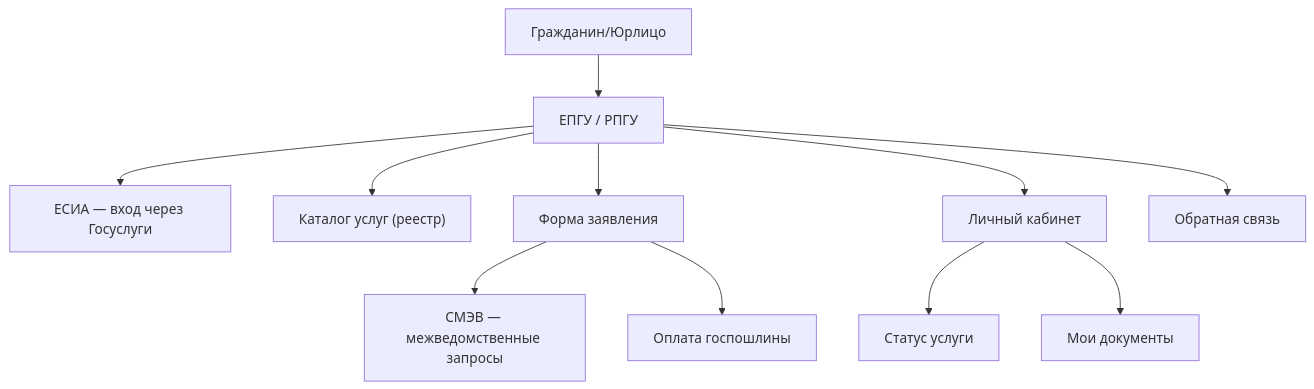
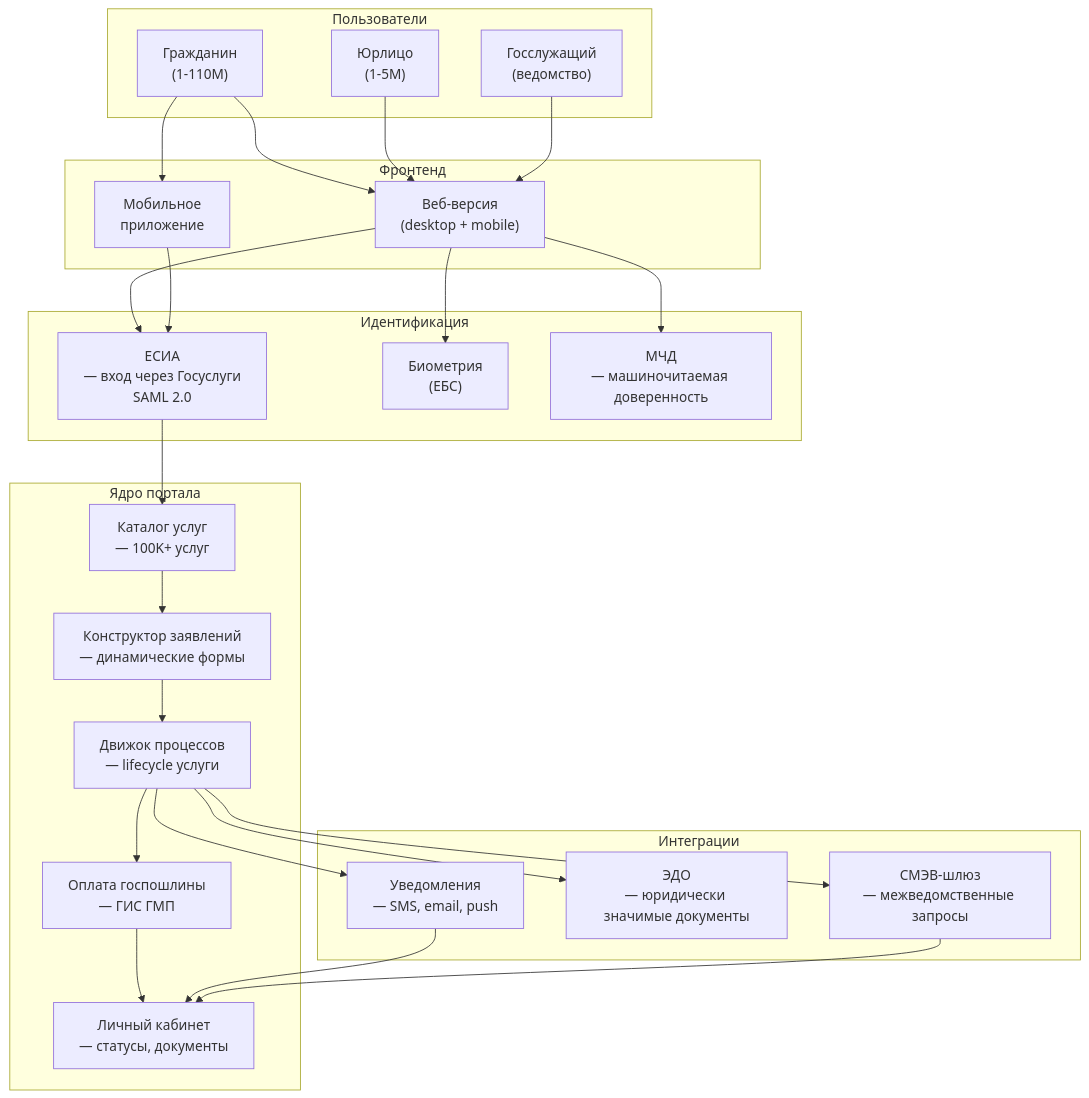
Before and after one commit to sergeyodnoval-bot/sysanalyst-kb.github.io: the first of 2 diagrams in docs/specialization/govtech-portal.md, drawn with Mermaid. The commit also changed other lines of this file and 13 other files, not shown here.

````diff
--- a/docs/specialization/govtech-portal.md
+++ b/docs/specialization/govtech-portal.md
@@ -30,13 +49,54 @@
 ```mermaid
 flowchart TD
-    U["Гражданин/Юрлицо"] --> EPGU["ЕПГУ / РПГУ"]
-    EPGU --> ESIA["ЕСИА — вход через Госуслуги"]
-    EPGU --> CAT["Каталог услуг (реестр)"]
-    EPGU --> FORM["Форма заявления"]
-    FORM --> SMEV["СМЭВ — межведомственные запросы"]
-    FORM --> PAY["Оплата госпошлины"]
-    EPGU --> LC["Личный кабинет"]
-    LC --> STATUS["Статус услуги"]
-    LC --> DOCS["Мои документы"]
-    EPGU --> FEED["Обратная связь"]
+    subgraph User["Пользователи"]
+        C["Гражданин<br/>(1-110M)"]
+        B["Юрлицо<br/>(1-5M)"]
+        O["Госслужащий<br/>(ведомство)"]
+    end
+
+    subgraph Front["Фронтенд"]
+        WEB["Веб-версия<br/>(desktop + mobile)"]
+        MOB["Мобильное<br/>приложение"]
+    end
+
+    subgraph Auth["Идентификация"]
+        ESIA["ЕСИА<br/>— вход через Госуслуги<br/>SAML 2.0"]
+        BIO["Биометрия<br/>(ЕБС)"]
+        MCHD["МЧД<br/>— машиночитаемая доверенность"]
+    end
+
+    subgraph Core["Ядро портала"]
+        CAT["Каталог услуг<br/>— 100K+ услуг"]
+        FORM["Конструктор заявлений<br/>— динамические формы"]
+        WFL["Движок процессов<br/>— lifecycle услуги"]
+        PAY["Оплата госпошлины<br/>— ГИС ГМП"]
+        LC["Личный кабинет<br/>— статусы, документы"]
+    end
+
+    subgraph Integration["Интеграции"]
+        SMEV["СМЭВ-шлюз<br/>— межведомственные запросы"]
+        EDO["ЭДО<br/>— юридически значимые документы"]
+        NOTIF["Уведомления<br/>— SMS, email, push"]
+    end
+
+    C --> WEB
+    C --> MOB
+    B --> WEB
+    O --> WEB
+
+    WEB --> ESIA
+    MOB --> ESIA
+    WEB --> BIO
+    WEB --> MCHD
+
+    ESIA --> CAT
+    CAT --> FORM
+    FORM --> WFL
+    WFL --> PAY
+    WFL --> SMEV
+    WFL --> EDO
+    WFL --> NOTIF
+    PAY --> LC
+    NOTIF --> LC
+    SMEV --> LC
 ```
````
